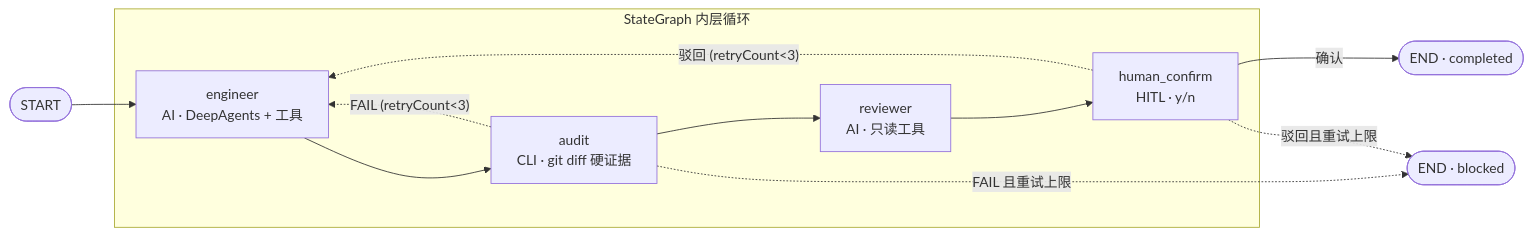
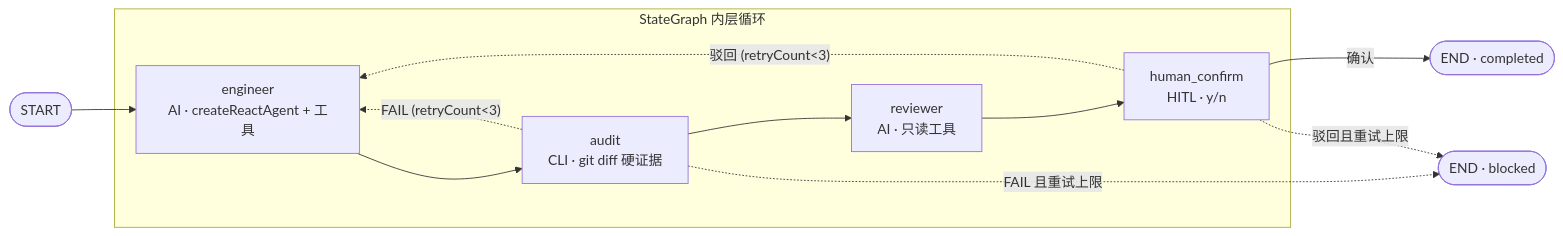
The fourth of 5 diagrams in docs/ARCHITECTURE.md (KongFangXun/sofagent), drawn with Mermaid before and after one commit. The commit also changed other lines of this file and 7 other files, not shown here.

First line of the commit message:
docs: 全量替换 deepagents → LangGraph createReactAgent 叙事

````diff
--- a/docs/ARCHITECTURE.md
+++ b/docs/ARCHITECTURE.md
@@ -253,14 +253,14 @@
 ```mermaid
 flowchart LR
     START([START]) --> Engineer
     subgraph Inner["StateGraph 内层循环"]
-        Engineer["engineer<br/>AI · DeepAgents + 工具"] --> Audit["audit<br/>CLI · git diff 硬证据"]
+        Engineer["engineer<br/>AI · createReactAgent + 工具"] --> Audit["audit<br/>CLI · git diff 硬证据"]
         Audit --> Reviewer["reviewer<br/>AI · 只读工具"]
         Reviewer --> Human["human_confirm<br/>HITL · y/n"]
     end
     Audit -. "FAIL (retryCount<3)" .-> Engineer
     Human -. "驳回 (retryCount<3)" .-> Engineer
     Human -->|确认| END([END · completed])
     Audit -. "FAIL 且重试上限" .-> BLOCKED([END · blocked])
     Human -. "驳回且重试上限" .-> BLOCKED
 ```
````
